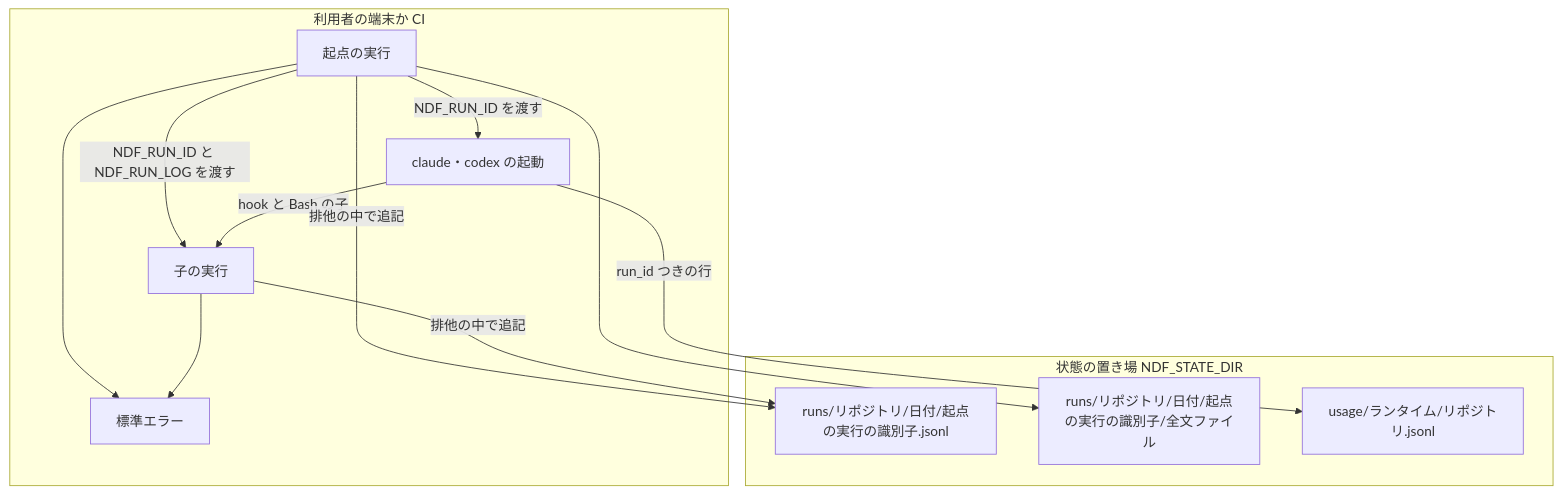
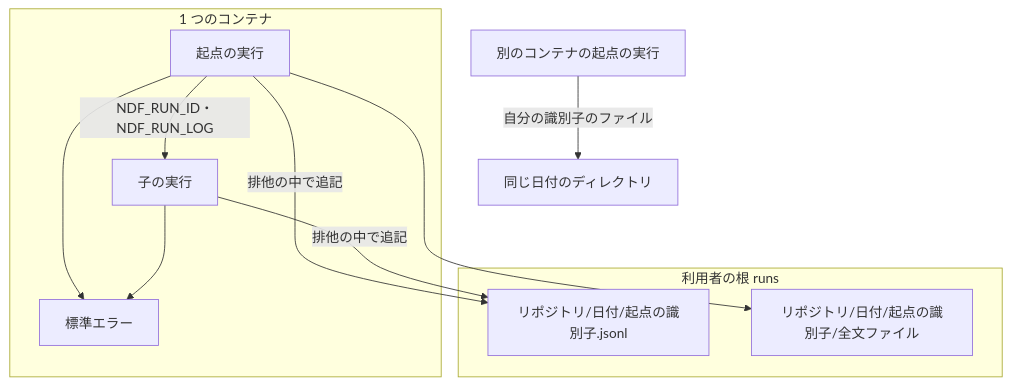
Before and after one commit to devbasex/ai-plugins: the second of 5 diagrams in issues/issue-2338-design.md, drawn with Mermaid. The commit also changed other lines of this file and 1 other file, not shown here.

````diff
--- a/issues/issue-2338-design.md
+++ b/issues/issue-2338-design.md
@@ -155,19 +196,16 @@
 ```mermaid
 graph TD
-    subgraph 利用者の端末か CI
-        P[起点の実行] -->|NDF_RUN_ID と NDF_RUN_LOG を渡す| C[子の実行]
-        P -->|NDF_RUN_ID を渡す| A[claude・codex の起動]
-        A -->|hook と Bash の子| C
+    subgraph 1 つのコンテナ
+        P[起点の実行] -->|NDF_RUN_ID・NDF_RUN_LOG| C[子の実行]
         P --> E[標準エラー]
         C --> E
     end
-    subgraph 状態の置き場 NDF_STATE_DIR
-        RL[runs/リポジトリ/日付/起点の実行の識別子.jsonl]
-        FT[runs/リポジトリ/日付/起点の実行の識別子/全文ファイル]
-        UL[usage/ランタイム/リポジトリ.jsonl]
+    subgraph 利用者の根 runs
+        RF[リポジトリ/日付/起点の識別子.jsonl]
+        FT[リポジトリ/日付/起点の識別子/全文ファイル]
     end
-    P -->|排他の中で追記| RL
-    C -->|排他の中で追記| RL
+    P -->|排他の中で追記| RF
+    C -->|排他の中で追記| RF
     P --> FT
-    A -->|run_id つきの行| UL
+    O[別のコンテナの起点の実行] -->|自分の識別子のファイル| RD[同じ日付のディレクトリ]
 ```
````
